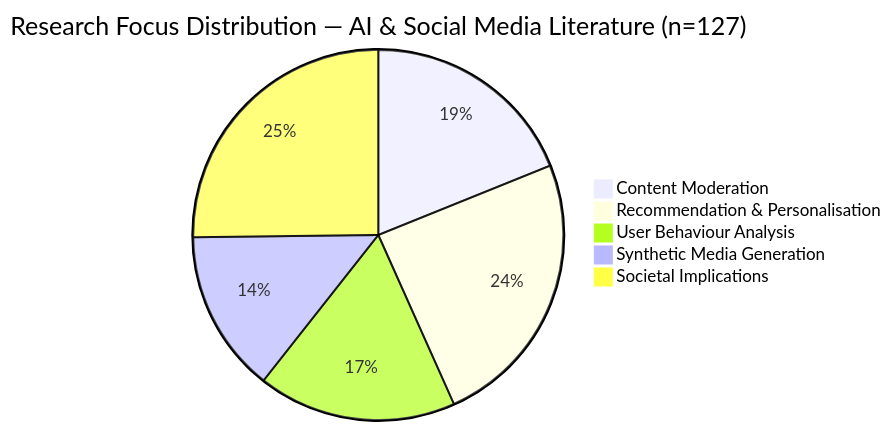
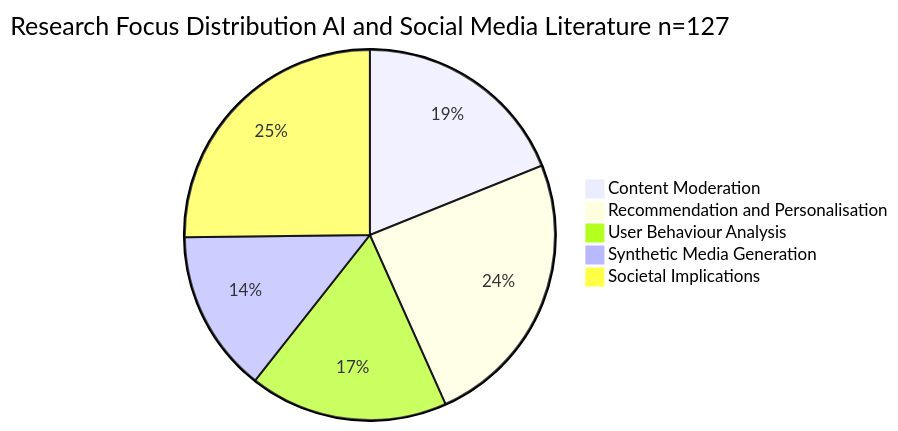
Before and after one commit to companydevs/skill-link-gh: the third of 31 diagrams in README.md, drawn with Mermaid. The commit also changed other lines of this file, not shown here.

Commit message:
docs: fix remaining Mermaid render errors on GitHub

````diff
--- a/README.md
+++ b/README.md
@@ -88,8 +88,8 @@
 ```mermaid
-pie title Research Focus Distribution — AI & Social Media Literature (n=127)
+pie title Research Focus Distribution AI and Social Media Literature n=127
     "Content Moderation" : 24
-    "Recommendation & Personalisation" : 31
+    "Recommendation and Personalisation" : 31
     "User Behaviour Analysis" : 22
     "Synthetic Media Generation" : 18
     "Societal Implications" : 32
 ```
````
